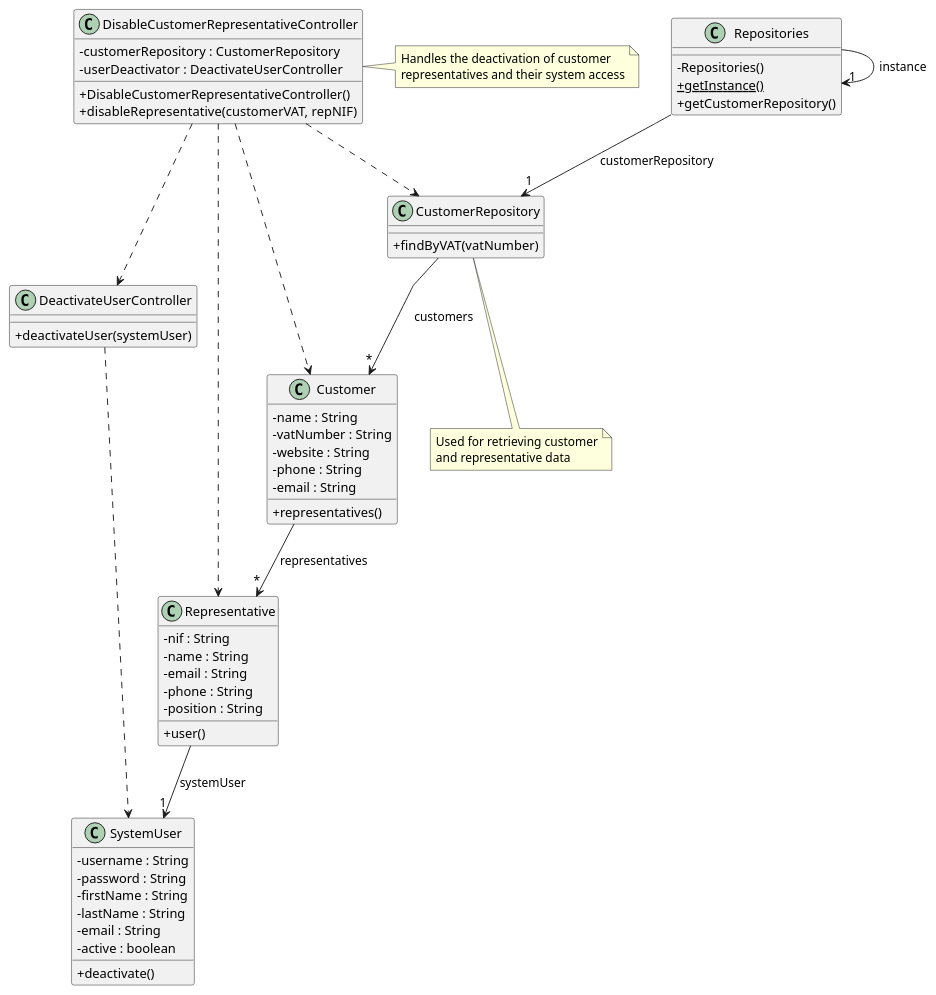
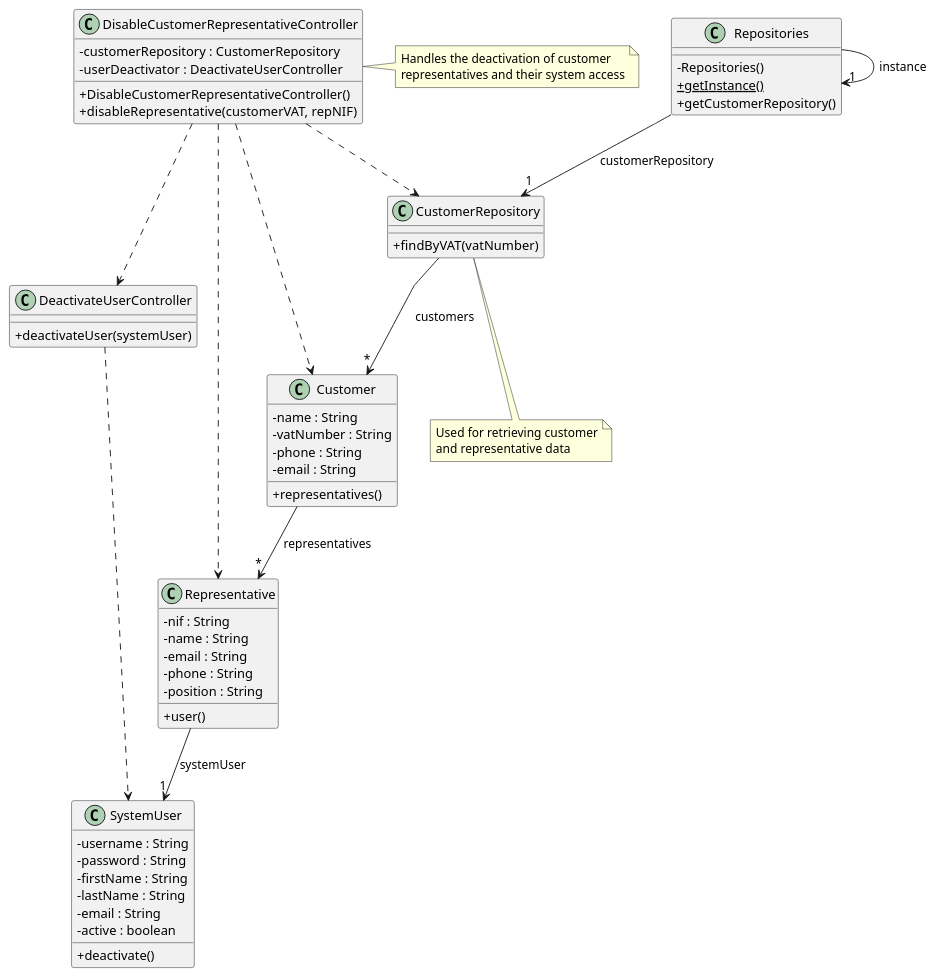
Before and after one commit to HenriqueSilva18/Drone-Show-Management-System: the diagram in docs/us_221-us_224/DisableCustomerRepresentative-CD.puml, drawn with PlantUML. The commit also changed 3 other files, not shown here.

```diff
--- a/docs/us_221-us_224/DisableCustomerRepresentative-CD.puml
+++ b/docs/us_221-us_224/DisableCustomerRepresentative-CD.puml
@@ -1,83 +1,82 @@
 @startuml
 skinparam packageStyle rectangle
 skinparam shadowing false
 skinparam linetype polyline
 skinparam classAttributeIconSize 0
 
 class DisableCustomerRepresentativeController {
     - customerRepository : CustomerRepository
     - userDeactivator : DeactivateUserController
 
     + DisableCustomerRepresentativeController()
     + disableRepresentative(customerVAT, repNIF)
 }
 
 class DeactivateUserController {
     + deactivateUser(systemUser)
 }
 
 class Customer {
     - name : String
     - vatNumber : String
-    - website : String
     - phone : String
     - email : String
 
     + representatives()
 }
 
 class Representative {
     - nif : String
     - name : String
     - email : String
     - phone : String
     - position : String
 
     + user()
 }
 
 class SystemUser {
     - username : String
     - password : String
     - firstName : String
     - lastName : String
     - email : String
     - active : boolean
 
     + deactivate()
 }
 
 class CustomerRepository {
     + findByVAT(vatNumber)
 }
 
 class Repositories {
     - Repositories()
     + {static} getInstance()
     + getCustomerRepository()
 }
 
 note right of DisableCustomerRepresentativeController
     Handles the deactivation of customer
     representatives and their system access
 end note
 
 note bottom of CustomerRepository
     Used for retrieving customer
     and representative data
 end note
 
 DisableCustomerRepresentativeController ..> CustomerRepository
 DisableCustomerRepresentativeController ..> DeactivateUserController
 DisableCustomerRepresentativeController ..> Customer
 DisableCustomerRepresentativeController ..> Representative
 
 Repositories -> "1" Repositories : instance
 Repositories --> "1" CustomerRepository : customerRepository
 
 CustomerRepository --> "*" Customer : customers
 Customer --> "*" Representative : representatives
 Representative --> "1" SystemUser : systemUser
 DeactivateUserController ..> SystemUser
 
 @enduml
```
